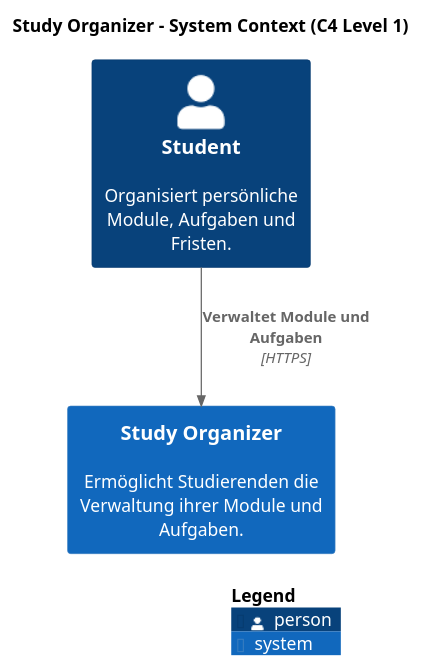
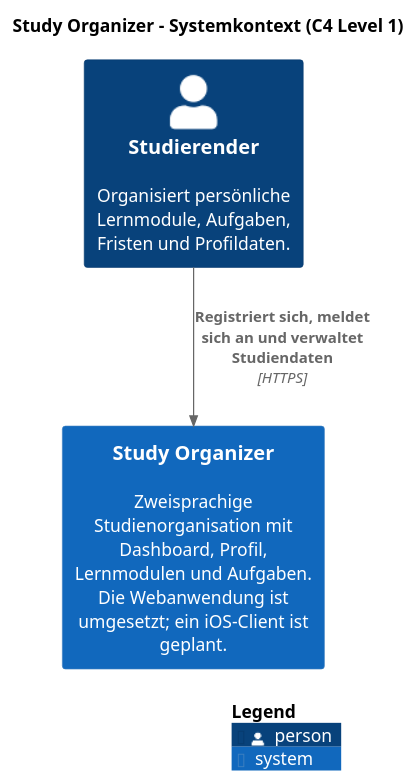
Before and after one commit to Saburollah/study-organizer: the diagram in Docs/diagrams/c4/system-context.puml, drawn with PlantUML. The commit also changed 11 other files, not shown here.

Commit message:
docs: update project documentation and C4 diagrams (#62)

```diff
--- a/Docs/diagrams/c4/system-context.puml
+++ b/Docs/diagrams/c4/system-context.puml
@@ -1,15 +1,13 @@
 @startuml StudyOrganizerSystemContext
-
 !include https://raw.githubusercontent.com/plantuml-stdlib/C4-PlantUML/master/C4_Context.puml
 
-title Study Organizer - System Context (C4 Level 1)
+title Study Organizer – Systemkontext (C4 Level 1)
 
-Person(student, "Student", "Organisiert persönliche Module, Aufgaben und Fristen.")
+Person(student, "Studierender", "Organisiert persönliche Lernmodule, Aufgaben, Fristen und Profildaten.")
 
-System(studyOrganizer, "Study Organizer", "Ermöglicht Studierenden die Verwaltung ihrer Module und Aufgaben.")
+System(studyOrganizer, "Study Organizer", "Zweisprachige Studienorganisation mit Dashboard, Profil, Lernmodulen und Aufgaben. Die Webanwendung ist umgesetzt; ein iOS-Client ist geplant.")
 
-Rel(student, studyOrganizer, "Verwaltet Module und Aufgaben", "HTTPS")
+Rel(student, studyOrganizer, "Registriert sich, meldet sich an und verwaltet Studiendaten", "HTTPS")
 
 SHOW_LEGEND()
-
 @enduml
```
